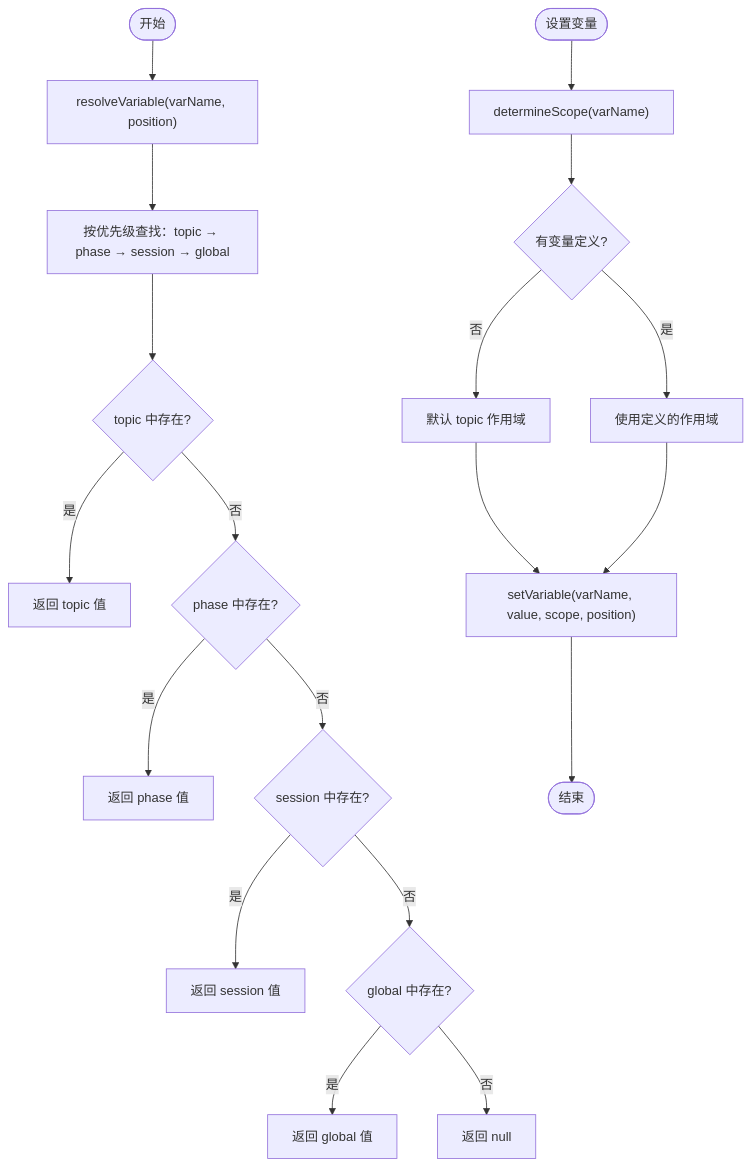
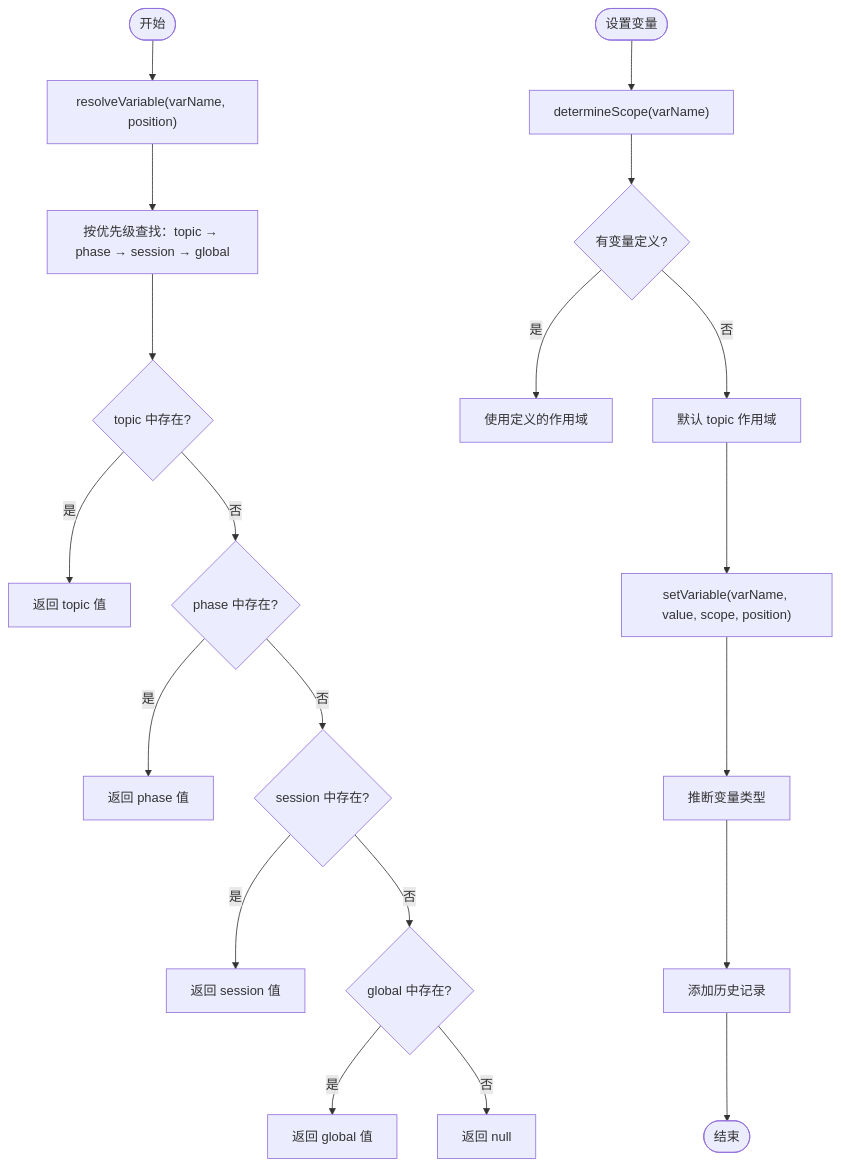
One commit to EverettCamus/HeartRule-Qoder changed the sixth of 8 diagrams in .qoder/repowiki/zh/content/核心引擎系统/核心引擎系统.md. Above: the diagram before and after it, drawn with Mermaid. The commit also changed other lines of this file and 8 other files, not shown here.

````diff
--- a/.qoder/repowiki/zh/content/核心引擎系统/核心引擎系统.md
+++ b/.qoder/repowiki/zh/content/核心引擎系统/核心引擎系统.md
@@ -333,21 +397,22 @@
 ```mermaid
 flowchart TD
 Start(["开始"]) --> ResolveVar["resolveVariable(varName, position)"]
 ResolveVar --> SearchOrder["按优先级查找：topic → phase → session → global"]
 SearchOrder --> TopicCheck{"topic 中存在?"}
 TopicCheck --> |是| ReturnTopic["返回 topic 值"]
 TopicCheck --> |否| PhaseCheck{"phase 中存在?"}
 PhaseCheck --> |是| ReturnPhase["返回 phase 值"]
 PhaseCheck --> |否| SessionCheck{"session 中存在?"}
 SessionCheck --> |是| ReturnSession["返回 session 值"]
 SessionCheck --> |否| GlobalCheck{"global 中存在?"}
 GlobalCheck --> |是| ReturnGlobal["返回 global 值"]
 GlobalCheck --> |否| NotFound["返回 null"]
 Start2(["设置变量"]) --> DetermineScope["determineScope(varName)"]
 DetermineScope --> HasDefinition{"有变量定义?"}
 HasDefinition --> |是| UseDefined["使用定义的作用域"]
 HasDefinition --> |否| DefaultTopic["默认 topic 作用域"]
 DefaultTopic --> SetVar["setVariable(varName, value, scope, position)"]
-UseDefined --> SetVar
-SetVar --> End2(["结束"])
+SetVar --> InferType["推断变量类型"]
+InferType --> AddHistory["添加历史记录"]
+AddHistory --> End2(["结束"])
 ```
````
